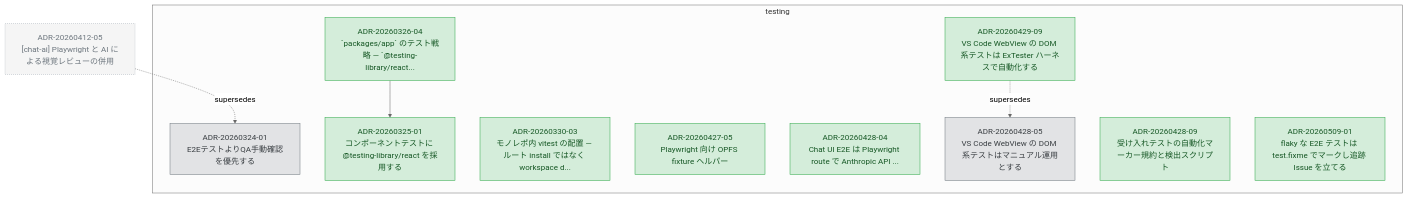
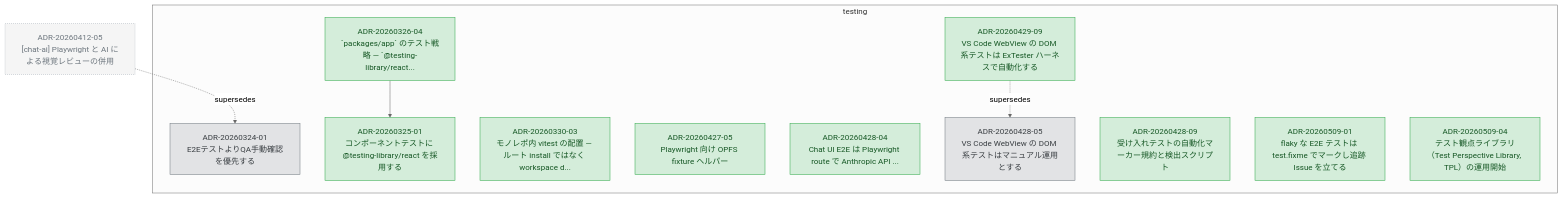
One commit to kompiro/karasu changed the diagram in docs/adr/graph/testing.md. Above: the diagram before and after it, drawn with Mermaid (neutral theme). The commit also changed other lines of this file and 3 other files, not shown here.

First line of the commit message:
docs(claude): link to Test Perspective Library

````diff
--- a/docs/adr/graph/testing.md
+++ b/docs/adr/graph/testing.md
@@ -6,37 +6,39 @@
 ```mermaid
 flowchart TD
   subgraph testing["testing"]
     ADR_20260324_01["ADR-20260324-01<br/>E2EテストよりQA手動確認を優先する"]
     ADR_20260325_01["ADR-20260325-01<br/>コンポーネントテストに @testing-library/react を採用する"]
     ADR_20260326_04["ADR-20260326-04<br/>`packages/app` のテスト戦略 — `@testing-library/react..."]
     ADR_20260330_03["ADR-20260330-03<br/>モノレポ内 vitest の配置 — ルート install ではなく workspace d..."]
     ADR_20260427_05["ADR-20260427-05<br/>Playwright 向け OPFS fixture ヘルパー"]
     ADR_20260428_04["ADR-20260428-04<br/>Chat UI E2E は Playwright route で Anthropic API ..."]
     ADR_20260428_05["ADR-20260428-05<br/>VS Code WebView の DOM 系テストはマニュアル運用とする"]
     ADR_20260428_09["ADR-20260428-09<br/>受け入れテストの自動化マーカー規約と検出スクリプト"]
     ADR_20260429_09["ADR-20260429-09<br/>VS Code WebView の DOM 系テストは ExTester ハーネスで自動化する"]
     ADR_20260509_01["ADR-20260509-01<br/>flaky な E2E テストは test.fixme でマークし追跡 Issue を立てる"]
+    ADR_20260509_04["ADR-20260509-04<br/>テスト観点ライブラリ（Test Perspective Library, TPL）の運用開始"]
   end
   ADR_20260412_05["ADR-20260412-05<br/>[chat-ai] Playwright と AI による視覚レビューの併用"]
   ADR_20260326_04 --> ADR_20260325_01
   ADR_20260429_09 -.supersedes.-> ADR_20260428_05
   ADR_20260412_05 -.supersedes.-> ADR_20260324_01
 
   classDef accepted fill:#d4edda,stroke:#28a745,color:#155724
   classDef proposed fill:#fff3cd,stroke:#ffc107,color:#856404
   classDef deprecated fill:#f8d7da,stroke:#dc3545,color:#721c24
   classDef superseded fill:#e2e3e5,stroke:#6c757d,color:#383d41
   classDef not_adopted fill:#e2e3e5,stroke:#6c757d,color:#383d41,stroke-dasharray:3 3
   classDef ghost fill:#f5f5f5,stroke:#adb5bd,color:#6c757d,stroke-dasharray:2 2
   class ADR_20260324_01 superseded
   class ADR_20260325_01 accepted
   class ADR_20260326_04 accepted
   class ADR_20260330_03 accepted
   class ADR_20260427_05 accepted
   class ADR_20260428_04 accepted
   class ADR_20260428_05 superseded
   class ADR_20260428_09 accepted
   class ADR_20260429_09 accepted
   class ADR_20260509_01 accepted
+  class ADR_20260509_04 accepted
   class ADR_20260412_05 ghost
 ```
````
